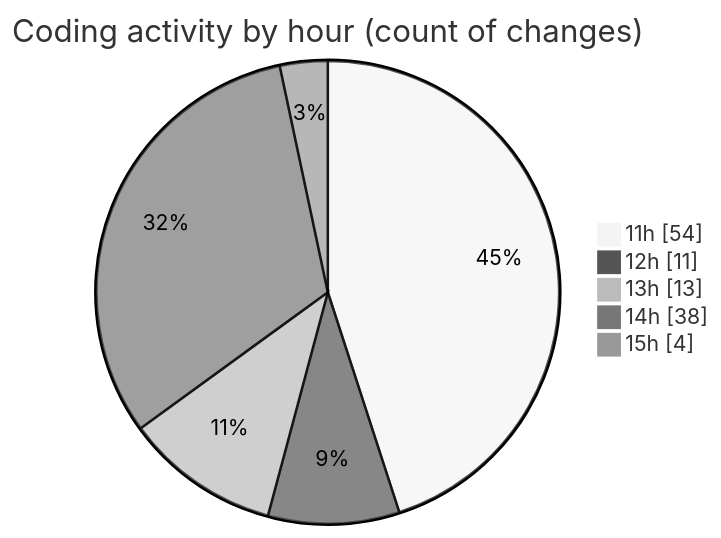
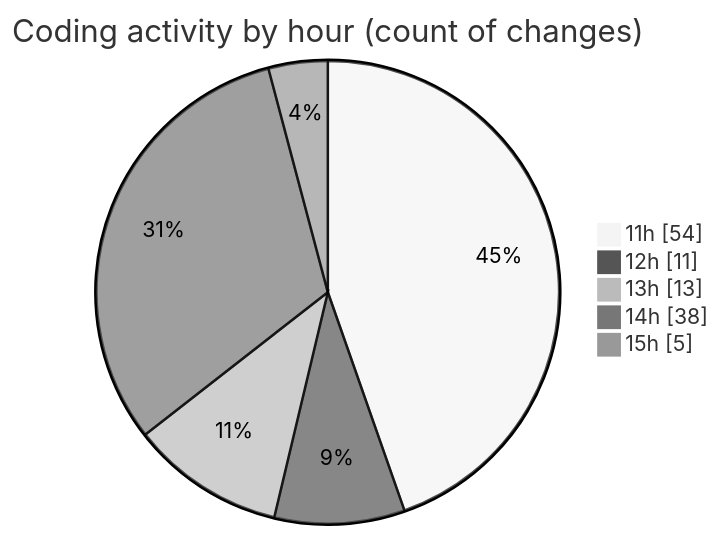
Before and after one commit to robertbonfada/code-tracking: the second of 2 diagrams in 2025-03-17/audiobooks-web/README.md, drawn with Mermaid (neutral theme). The commit also changed other lines of this file and 1 other file, not shown here.

````diff
--- a/2025-03-17/audiobooks-web/README.md
+++ b/2025-03-17/audiobooks-web/README.md
@@ -42,9 +44,9 @@
 ```mermaid
 pie showData
 title Coding activity by hour (count of changes)
 "11h" : 54
 "12h" : 11
 "13h" : 13
 "14h" : 38
-"15h" : 4
+"15h" : 5
 ```
````
